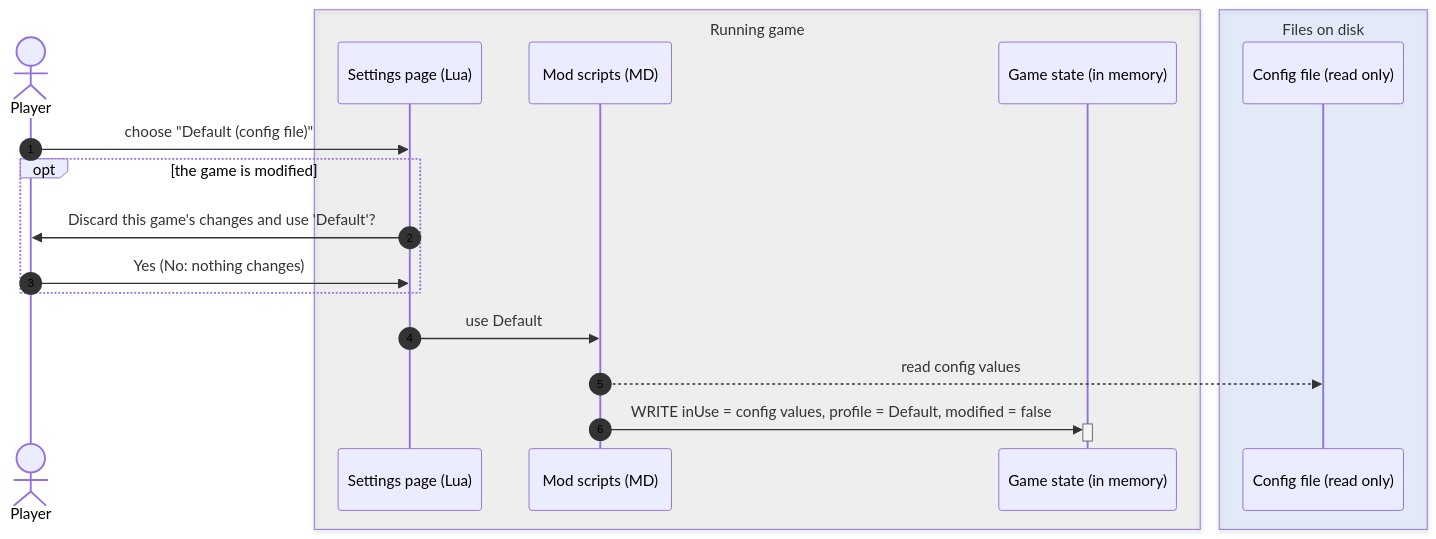
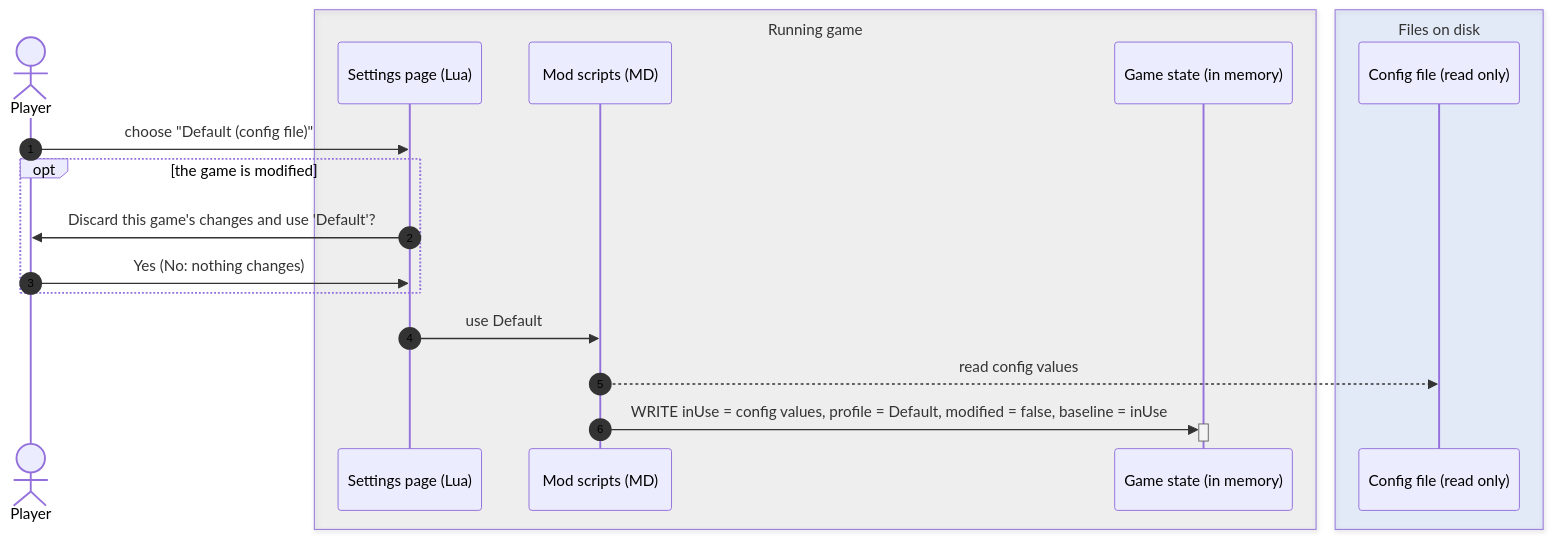
One commit to ecarlste/x4-pirates-life-mod changed the eighth of 11 diagrams in docs/specs/settings-profiles-flows.md. Above: the diagram before and after it, drawn with Mermaid. The commit also changed other lines of this file and 10 other files, not shown here.

````diff
--- a/docs/specs/settings-profiles-flows.md
+++ b/docs/specs/settings-profiles-flows.md
@@ -612,24 +631,24 @@
 ```mermaid
 %%{init: {'themeVariables': {'sequenceNumberColor': '#000000'}, 'themeCSS': '[id$=sequencenumber] circle { fill: #ffffff } .sequenceNumber { fill: #000000 }'}}%%
 sequenceDiagram
     autonumber
     actor P as Player
     box rgba(150,150,150,0.10) Running game
     participant L as Settings page (Lua)
     participant M as Mod scripts (MD)
     participant G as Game state (in memory)
     end
     box rgba(80,140,255,0.12) Files on disk
     participant C as Config file (read only)
     end
 
     P->>L: choose "Default (config file)"
     opt the game is modified
     L->>P: Discard this game's changes and use 'Default'?
     P->>L: Yes (No: nothing changes)
     end
     L->>M: use Default
     M-->>C: read config values
-    M->>+G: WRITE inUse = config values, profile = Default, modified = false
+    M->>+G: WRITE inUse = config values, profile = Default, modified = false, baseline = inUse
     deactivate G
 ```
````
